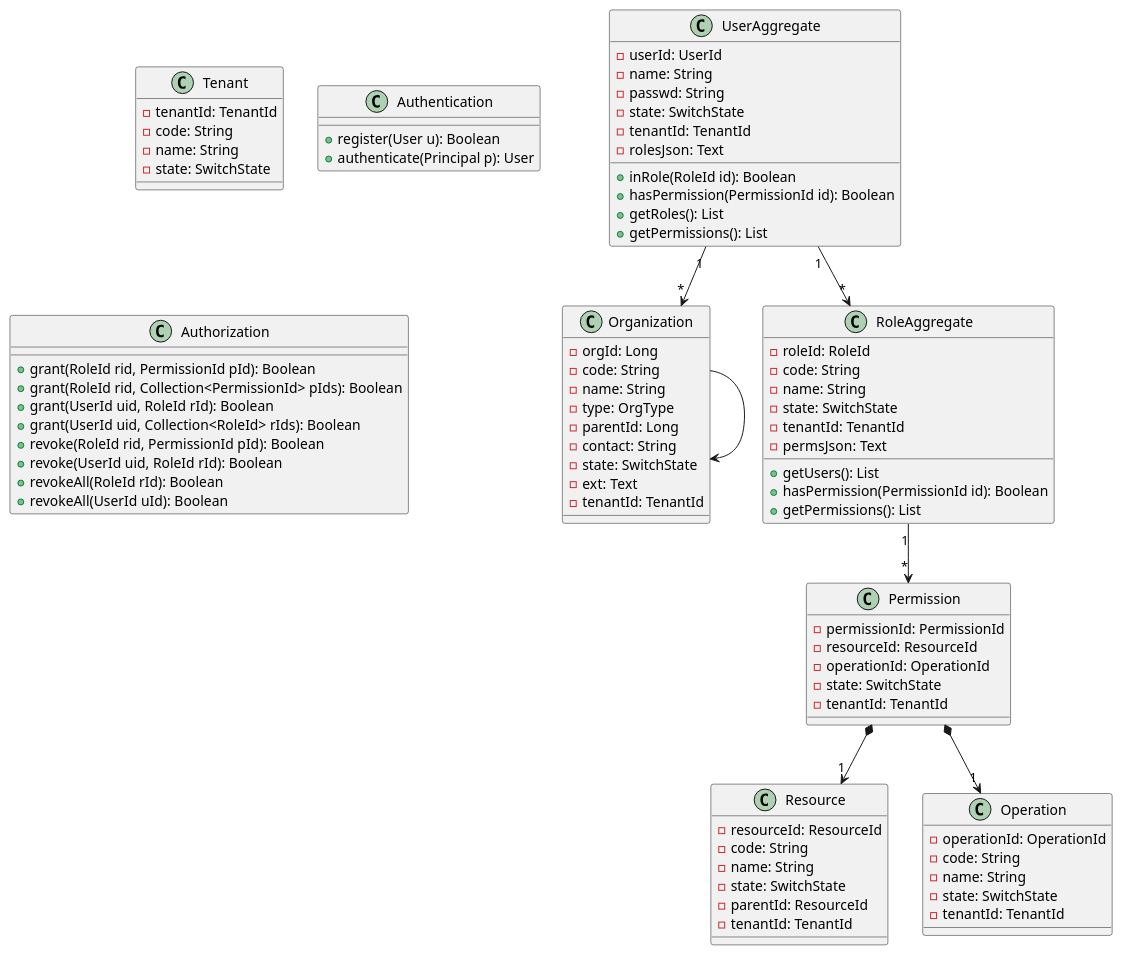
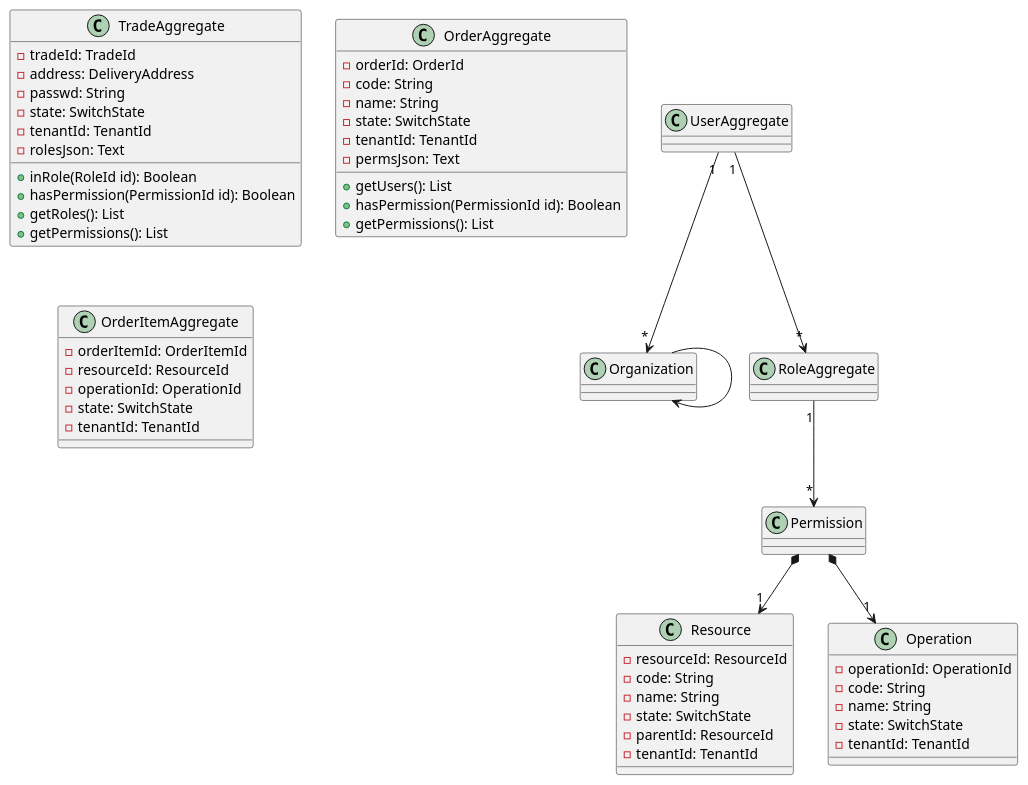
The diagram in documents/dm-order/order_cls_core.puml (xgyb12458/dm-platform), drawn with PlantUML before and after one commit. The commit also changed 8 other files, not shown here.

```diff
--- a/documents/dm-order/order_cls_core.puml
+++ b/documents/dm-order/order_cls_core.puml
@@ -1,115 +1,76 @@
-@startuml 组织与权限
+@startuml 订单管理
 
-class Tenant {
-    - tenantId: TenantId
-    - code: String
-    - name: String
-    - state: SwitchState
-'    - createdAt: Long
-'    - updatedAt: Long
-'    - createdBy: UserId
-'    - updatedBy: UserId
-}
-class Organization {
-     - orgId: Long
-     - code: String
-     - name: String
-     - type: OrgType
-     - parentId: Long
-     - contact: String
-     - state: SwitchState
-     - ext: Text
-     - tenantId: TenantId
- '    - createdAt: Long
- '    - updatedAt: Long
- '    - createdBy: UserId
- '    - updatedBy: UserId
- }
-class Authentication {
-    + register(User u): Boolean
-    + authenticate(Principal p): User
-}
-class Authorization {
-    + grant(RoleId rid, PermissionId pId): Boolean
-    + grant(RoleId rid, Collection<PermissionId> pIds): Boolean
-    + grant(UserId uid, RoleId rId): Boolean
-    + grant(UserId uid, Collection<RoleId> rIds): Boolean
-    + revoke(RoleId rid, PermissionId pId): Boolean
-    + revoke(UserId uid, RoleId rId): Boolean
-    + revokeAll(RoleId rId): Boolean
-    + revokeAll(UserId uId): Boolean
-}
-class UserAggregate {
-    - userId: UserId
-    - name: String
+class TradeAggregate {
+    - tradeId: TradeId
+    - address: DeliveryAddress
     - passwd: String
     - state: SwitchState
     - tenantId: TenantId
     - rolesJson: Text
 '    - createdAt: Long
 '    - updatedAt: Long
 '    - createdBy: UserId
 '    - updatedBy: UserId
     + inRole(RoleId id): Boolean
     + hasPermission(PermissionId id): Boolean
     + getRoles(): List
     + getPermissions(): List
 }
-class RoleAggregate {
-    - roleId: RoleId
+class OrderAggregate {
+    - orderId: OrderId
     - code: String
     - name: String
     - state: SwitchState
     - tenantId: TenantId
     - permsJson: Text
 '    - createdAt: Long
 '    - updatedAt: Long
 '    - createdBy: UserId
 '    - updatedBy: UserId
     + getUsers(): List
     + hasPermission(PermissionId id): Boolean
     + getPermissions(): List
 }
-class Permission {
-    - permissionId: PermissionId
+class OrderItemAggregate {
+    - orderItemId: OrderItemId
     - resourceId: ResourceId
     - operationId: OperationId
     - state: SwitchState
     - tenantId: TenantId
 '    - createdAt: Long
 '    - updatedAt: Long
 '    - createdBy: UserId
 '    - updatedBy: UserId
 }
 class Resource {
     - resourceId: ResourceId
     - code: String
     - name: String
     - state: SwitchState
     - parentId: ResourceId
     - tenantId: TenantId
 '    - createdAt: Long
 '    - updatedAt: Long
 '    - createdBy: UserId
 '    - updatedBy: UserId
 }
 class Operation {
     - operationId: OperationId
     - code: String
     - name: String
     - state: SwitchState
     - tenantId: TenantId
 '    - createdAt: Long
 '    - updatedAt: Long
 '    - createdBy: UserId
 '    - updatedBy: UserId
 }
 
 Organization --> Organization
 UserAggregate "1"-->"*" Organization
 UserAggregate "1"-->"*" RoleAggregate
 RoleAggregate "1"-->"*" Permission
 Permission *-->"1" Resource
 Permission *-->"1" Operation
 
 @enduml
```
